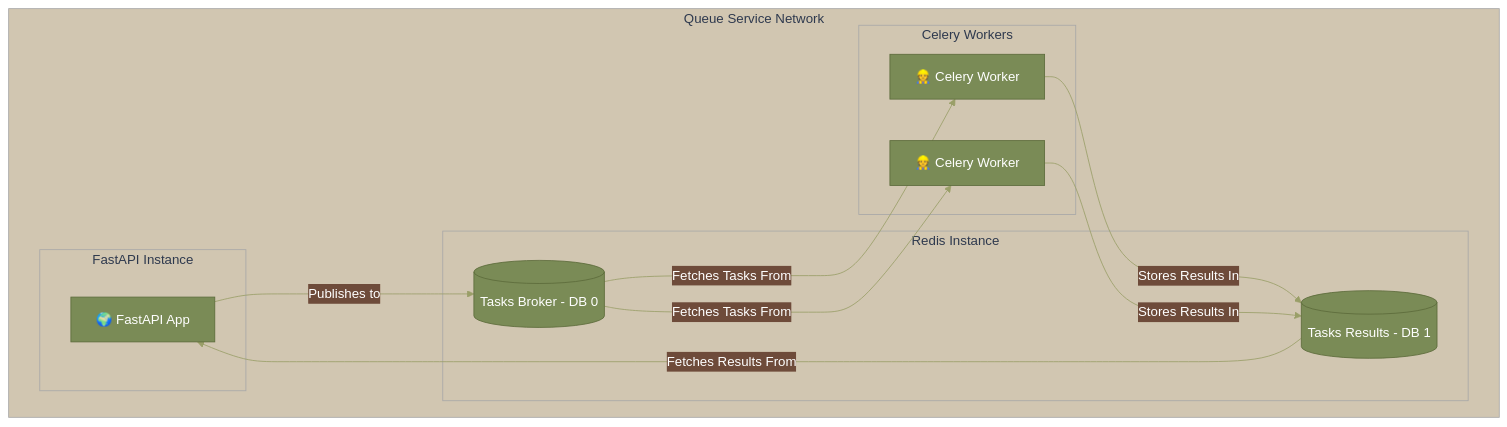
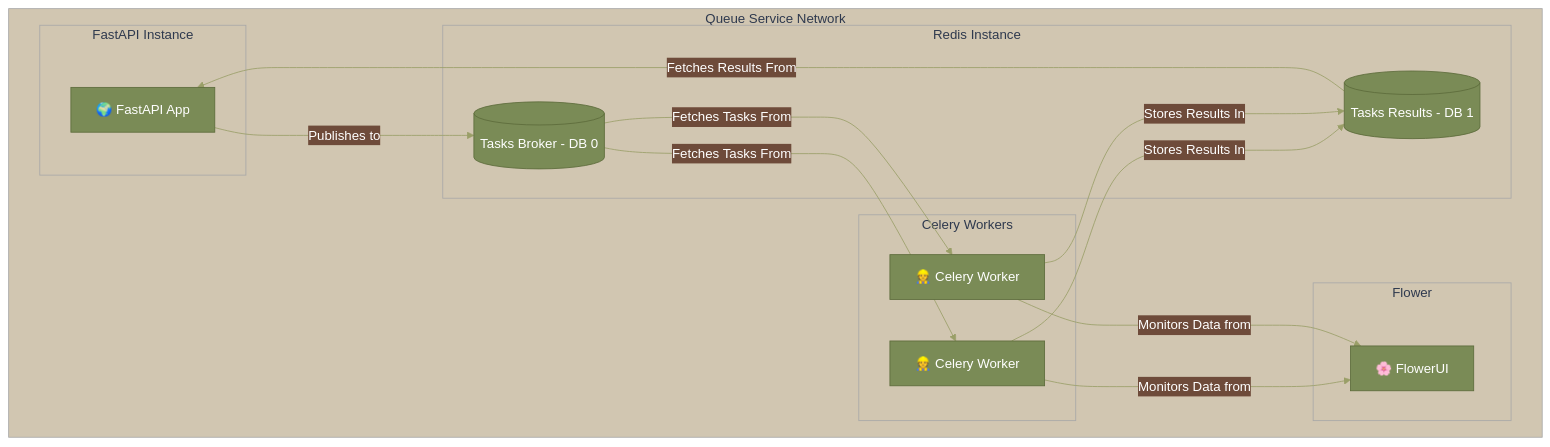
Before and after one commit to OmdenaAI/CordobaArgentinaChapter_MonitoringLandUseTransformation: the diagram in queue_service/README.md, drawn with Mermaid. The commit also changed other lines of this file, not shown here.

Commit message:
fix: Updating overview queue service graphic + VM resources

````diff
--- a/queue_service/README.md
+++ b/queue_service/README.md
@@ -5,42 +5,50 @@
 ```mermaid
 %%{
   init: {
     'theme': 'base',
     'themeVariables': {
       'primaryColor': '#7A8B56',
       'primaryTextColor': '#FFFFFF',
       'primaryBorderColor': '#5C6B3B',
       'lineColor': '#9A9F68',
       'secondaryColor': '#6E4B3A',
       'tertiaryColor': '#D1C6B1'
     }
   }
 }%%
 
 graph TB;
 
     subgraph Network[Queue Service Network]
         Redis
         CeleryWorkers
+        Flower
         FastAPI
     end
     
     subgraph CeleryWorkers[Celery Workers]
         Worker1["👷 Celery Worker"]
         WorkerN["👷 Celery Worker"]
+    end
+
+    subgraph Flower[Flower]
+      FlowerUI["🌸 FlowerUI"]
     end
 
     subgraph Redis[Redis Instance]
         RedisBroker@{ shape: cyl, label: "Tasks Broker - DB 0" }
         RedisBackend@{ shape: cyl, label: "Tasks Results - DB 1" }
     end
 
     subgraph FastAPI[FastAPI Instance]
         API["🌍 FastAPI App"]
     end
 
-    RedisBroker --->|Fetches Tasks From| Worker1 & WorkerN  
     Worker1 & WorkerN --->|Stores Results In| RedisBackend
+    Worker1 & WorkerN --->|Monitors Data from| FlowerUI
     RedisBackend --->|Fetches Results From | API
     API --->|Publishes to| RedisBroker 
+    RedisBroker --->|Fetches Tasks From| Worker1 & WorkerN  
+
+
 ```
````
